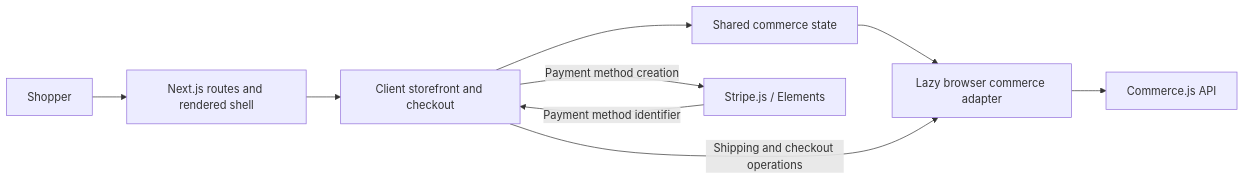
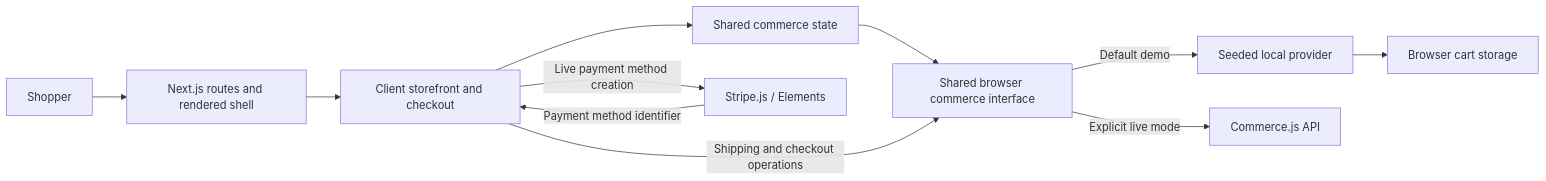
One commit to joydas65/Ecommerce-Store changed the diagram in README.md. Above: the diagram before and after it, drawn with Mermaid. The commit also changed other lines of this file and 41 other files, not shown here.

Commit message:
Add seeded demo commerce and simulated checkout

````diff
--- a/README.md
+++ b/README.md
@@ -30,11 +32,13 @@
 ```mermaid
 flowchart LR
     Shopper[Shopper] --> Next[Next.js routes and rendered shell]
     Next --> UI[Client storefront and checkout]
     UI --> State[Shared commerce state]
-    State --> Adapter[Lazy browser commerce adapter]
+    State --> Adapter[Shared browser commerce interface]
     UI -->|Shipping and checkout operations| Adapter
-    Adapter --> Commerce[Commerce.js API]
-    UI -->|Payment method creation| Stripe[Stripe.js / Elements]
+    Adapter -->|Default demo| Demo[Seeded local provider]
+    Demo --> Cart[Browser cart storage]
+    Adapter -->|Explicit live mode| Commerce[Commerce.js API]
+    UI -->|Live payment method creation| Stripe[Stripe.js / Elements]
     Stripe -->|Payment method identifier| UI
 ```
````
